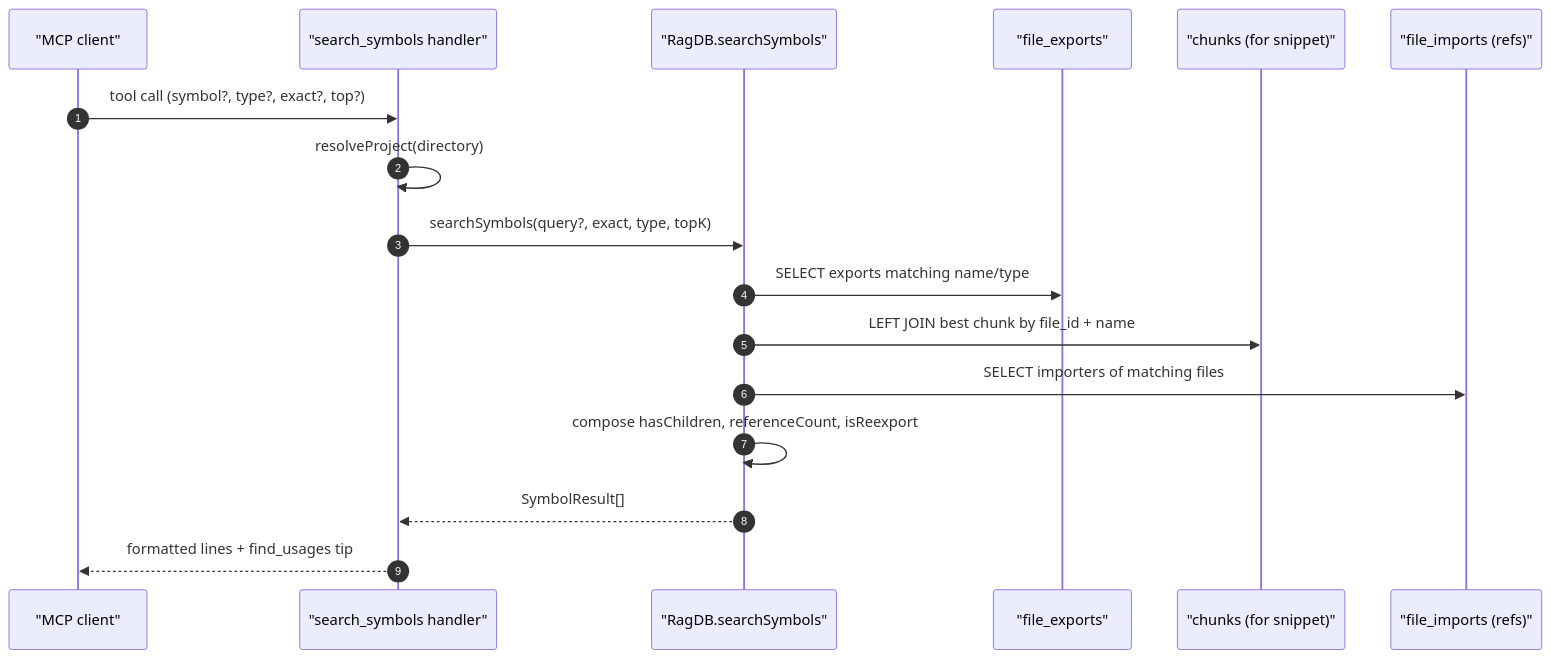
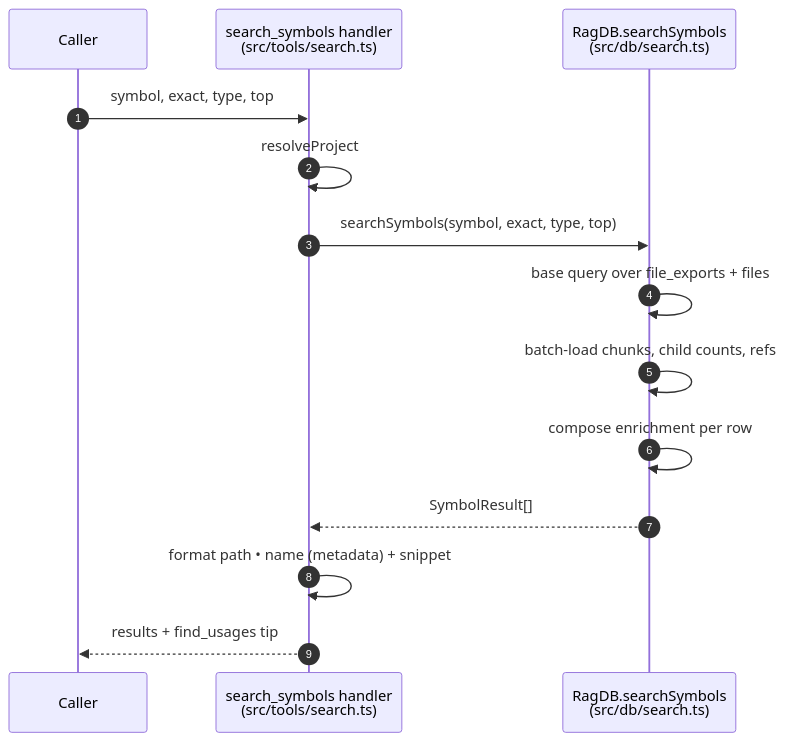
One commit to TheWinci/mimirs changed the diagram in wiki/tools/search-symbols.md. Above: the diagram before and after it, drawn with Mermaid. The commit also changed other lines of this file and 52 other files, not shown here.

````diff
--- a/wiki/tools/search-symbols.md
+++ b/wiki/tools/search-symbols.md
@@ -16,20 +42,16 @@
 ```mermaid
 sequenceDiagram
-    autonumber
-    participant Client as "MCP client"
-    participant Handler as "search_symbols handler"
-    participant DB as "RagDB.searchSymbols"
-    participant Exports as "file_exports"
-    participant Chunks as "chunks (for snippet)"
-    participant Imports as "file_imports (refs)"
-
-    Client->>Handler: tool call (symbol?, type?, exact?, top?)
-    Handler->>Handler: resolveProject(directory)
-    Handler->>DB: searchSymbols(query?, exact, type, topK)
-    DB->>Exports: SELECT exports matching name/type
-    DB->>Chunks: LEFT JOIN best chunk by file_id + name
-    DB->>Imports: SELECT importers of matching files
-    DB->>DB: compose hasChildren, referenceCount, isReexport
-    DB-->>Handler: SymbolResult[]
-    Handler-->>Client: formatted lines + find_usages tip
+  autonumber
+  participant Caller
+  participant Handler as search_symbols handler<br>(src/tools/search.ts)
+  participant DB as RagDB.searchSymbols<br>(src/db/search.ts)
+  Caller->>Handler: symbol, exact, type, top
+  Handler->>Handler: resolveProject
+  Handler->>DB: searchSymbols(symbol, exact, type, top)
+  DB->>DB: base query over file_exports + files
+  DB->>DB: batch-load chunks, child counts, refs
+  DB->>DB: compose enrichment per row
+  DB-->>Handler: SymbolResult[]
+  Handler->>Handler: format path • name (metadata) + snippet
+  Handler-->>Caller: results + find_usages tip
 ```
````
